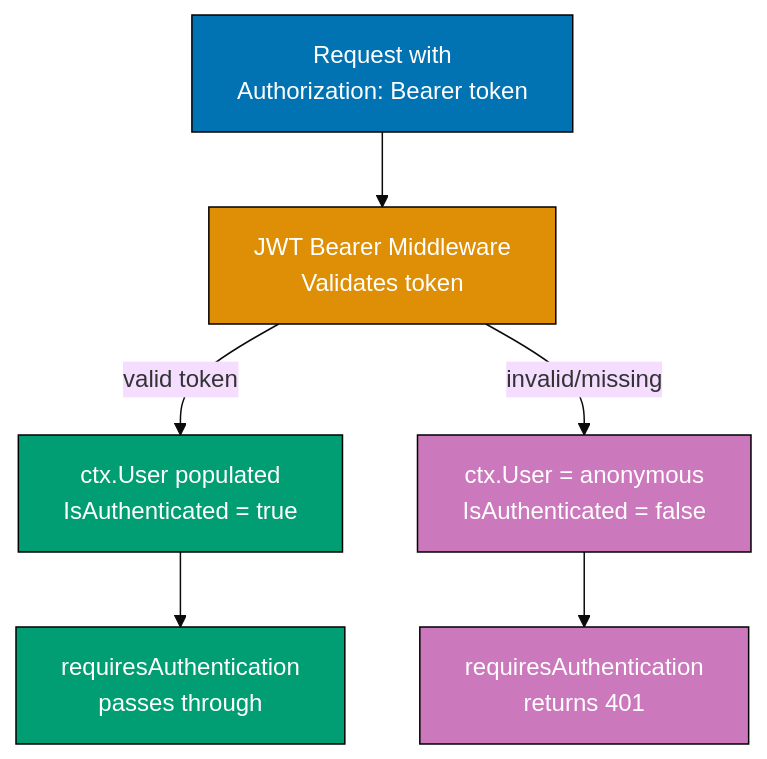
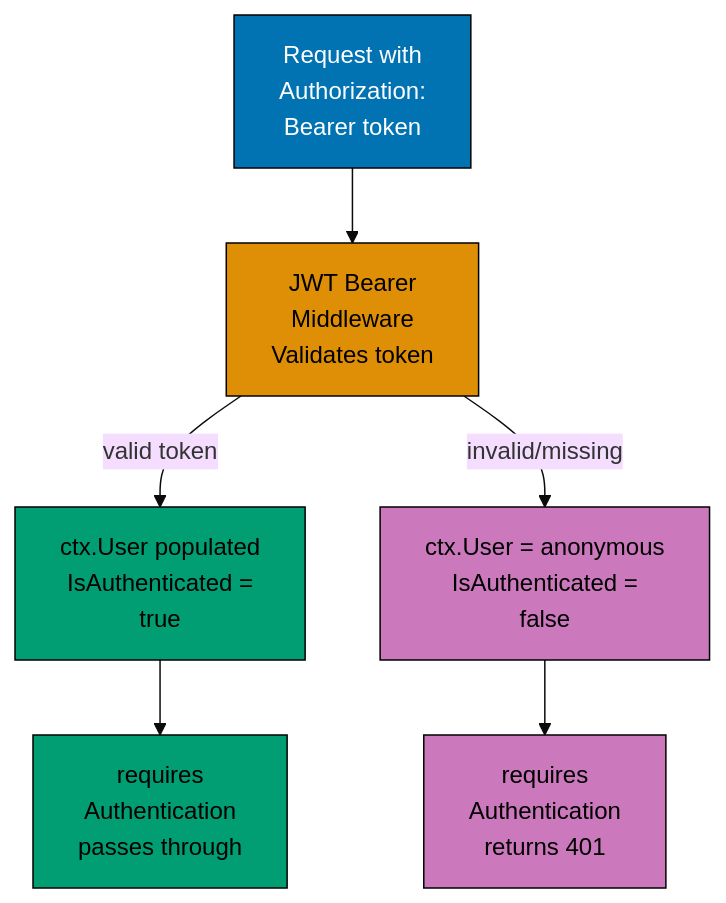
Before and after one commit to wahidyankf/ose-public: the second of 2 diagrams in apps/ayokoding-www/content/en/learn/legacy/software-engineering/platforms/web/tools/fsharp-giraffe/by-example/intermediate.md, drawn with Mermaid (base theme). The commit also changed other lines of this file and 130 other files, not shown here.

First line of the commit message:
fix(mermaid): bring the legacy platforms diagrams onto the accessible palette

````diff
--- a/apps/ayokoding-www/content/en/learn/legacy/software-engineering/platforms/web/tools/fsharp-giraffe/by-example/intermediate.md
+++ b/apps/ayokoding-www/content/en/learn/legacy/software-engineering/platforms/web/tools/fsharp-giraffe/by-example/intermediate.md
@@ -204,16 +211,23 @@
 ```mermaid
 %% Color Palette: Blue #0173B2, Orange #DE8F05, Teal #029E73, Purple #CC78BC, Brown #CA9161
 graph TD
-    A["Request with<br/>Authorization: Bearer token"] --> B["JWT Bearer Middleware<br/>Validates token"]
-    B -->|valid token| C["ctx.User populated<br/>IsAuthenticated = true"]
-    B -->|invalid/missing| D["ctx.User = anonymous<br/>IsAuthenticated = false"]
-    C --> E["requiresAuthentication<br/>passes through"]
-    D --> F["requiresAuthentication<br/>returns 401"]
+    accTitle: Example 30: JWT Bearer Authentication
+    accDescr: Graph with 6 nodes and 5 connections. Nodes: Request with Authorization: Bearer token, JWT Bearer Middleware Validates token, ctx.User populated IsAuthenticated = true, ctx.User = anonymous IsAuthenticated = false, requires Authentication passes through, requires Authentication returns 401. Connections: Request with Authorization: Bearer token to JWT Bearer Middleware Validates token, JWT Bearer Middleware Validates token to ctx.User populated IsAuthenticated = true (valid token), JWT Bearer Middleware Validates token to ctx.User = anonymous IsAuthenticated = false (invalid/missing), ctx.User populated IsAuthenticated = true to requires Authentication passes through, ctx.User = anonymous IsAuthenticated = false to requires Authentication returns 401.
+    A["Request with<br/>Authorization:<br/>Bearer token"] --> B["JWT Bearer<br/>Middleware<br/>Validates token"]
+    B -->|valid token| C["ctx.User populated<br/>IsAuthenticated =<br/>true"]
+    B -->|invalid/missing| D["ctx.User = anonymous<br/>IsAuthenticated =<br/>false"]
+    C --> E["requires<br/>Authentication<br/>passes through"]
+    D --> F["requires<br/>Authentication<br/>returns 401"]
 
-    style A fill:#0173B2,stroke:#000,color:#fff
-    style B fill:#DE8F05,stroke:#000,color:#fff
-    style C fill:#029E73,stroke:#000,color:#fff
-    style D fill:#CC78BC,stroke:#000,color:#fff
-    style E fill:#029E73,stroke:#000,color:#fff
-    style F fill:#CC78BC,stroke:#000,color:#fff
+    classDef pal-0173B2 fill:#0173B2,stroke:#000000,color:#FFFFFF
+    class A pal-0173B2
+    classDef pal-DE8F05 fill:#DE8F05,stroke:#000000,color:#000000
+    class B pal-DE8F05
+    classDef pal-029E73 fill:#029E73,stroke:#000000,color:#000000
+    class C pal-029E73
+    classDef pal-CC78BC fill:#CC78BC,stroke:#000000,color:#000000
+    class D pal-CC78BC
+    class E pal-029E73
+    class F pal-CC78BC
+    classDef default fill:#FFFFFF,stroke:#000000,color:#000000
 ```
````
